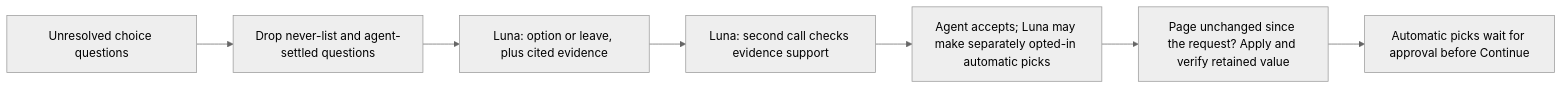
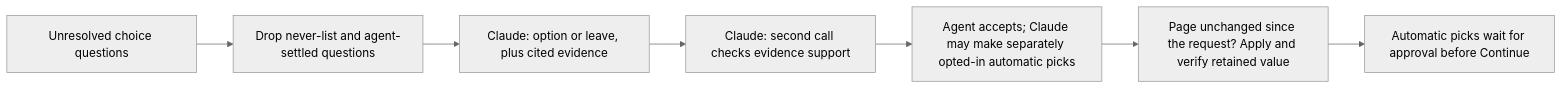
The diagram in docs/ai-assistant.md (lutfikeskin/tni-rater-autofill), drawn with Mermaid (neutral theme) before and after one commit. The commit also changed other lines of this file and 35 other files, not shown here.

First line of the commit message:
feat(ai): Replace GPT-6 Luna with Claude Haiku 5.5

````diff
--- a/docs/ai-assistant.md
+++ b/docs/ai-assistant.md
@@ -25,9 +25,9 @@
 ```mermaid
 flowchart LR
     A[Unresolved choice questions] --> B[Drop never-list and agent-settled questions]
-    B --> C[Luna: option or leave, plus cited evidence]
-    C --> D[Luna: second call checks evidence support]
-    D --> E[Agent accepts; Luna may make separately opted-in automatic picks]
+    B --> C[Claude: option or leave, plus cited evidence]
+    C --> D[Claude: second call checks evidence support]
+    D --> E[Agent accepts; Claude may make separately opted-in automatic picks]
     E --> F[Page unchanged since the request? Apply and verify retained value]
     F --> G[Automatic picks wait for approval before Continue]
 ```
````
